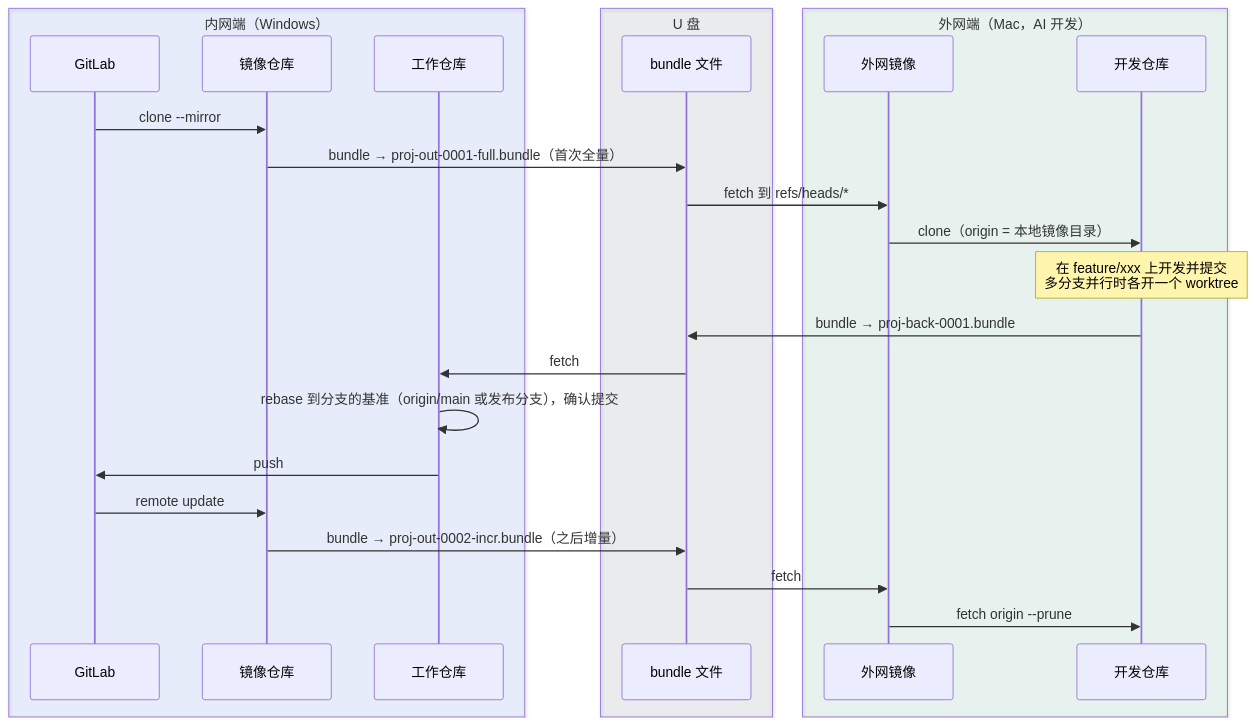
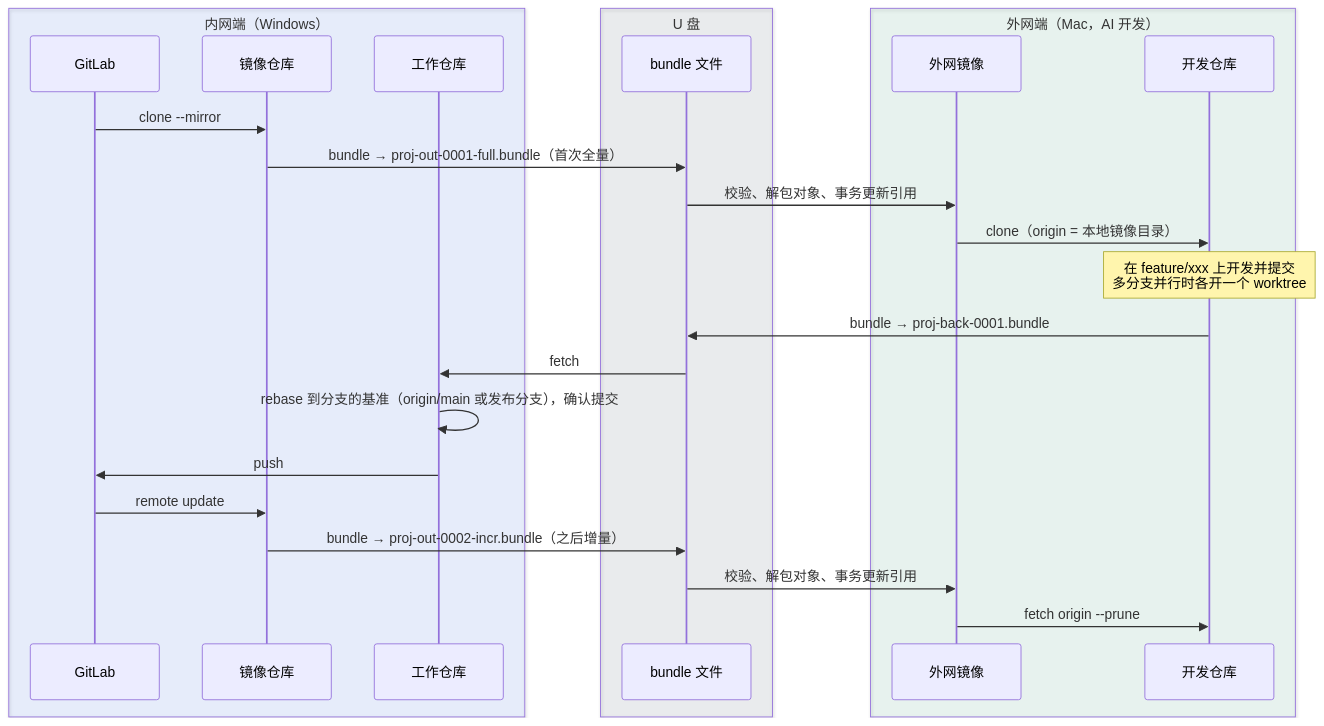
The diagram in README.md (laplacesc/git-offline-sync), drawn with Mermaid before and after one commit. The commit also changed other lines of this file and 27 other files, not shown here.

````diff
--- a/README.md
+++ b/README.md
@@ -6,29 +6,29 @@
 ```mermaid
 sequenceDiagram
     box rgba(0,82,255,0.08) 内网端（Windows）
         participant GL as GitLab
         participant MR as 镜像仓库
         participant WK as 工作仓库
     end
     box rgba(100,116,139,0.10) U 盘
         participant USB as bundle 文件
     end
     box rgba(15,157,107,0.08) 外网端（Mac，AI 开发）
         participant XM as 外网镜像
         participant DEV as 开发仓库
     end
 
     GL->>MR: clone --mirror
     MR->>USB: bundle → proj-out-0001-full.bundle（首次全量）
-    USB->>XM: fetch 到 refs/heads/*
+    USB->>XM: 校验、解包对象、事务更新引用
     XM->>DEV: clone（origin = 本地镜像目录）
     Note over DEV: 在 feature/xxx 上开发并提交<br/>多分支并行时各开一个 worktree
     DEV->>USB: bundle → proj-back-0001.bundle
     USB->>WK: fetch
     WK->>WK: rebase 到分支的基准（origin/main 或发布分支），确认提交
     WK->>GL: push
     GL->>MR: remote update
     MR->>USB: bundle → proj-out-0002-incr.bundle（之后增量）
-    USB->>XM: fetch
+    USB->>XM: 校验、解包对象、事务更新引用
     XM->>DEV: fetch origin --prune
 ```
````
